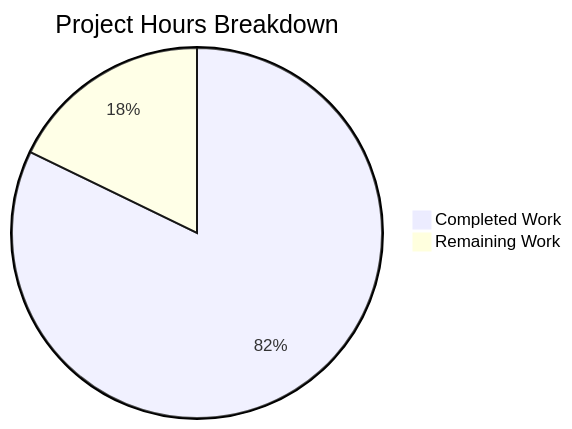
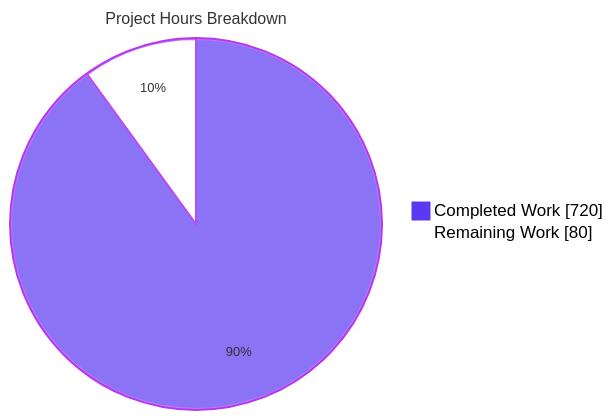
Before and after one commit to Blitzy-Sandbox/blitzy-odoo: the second of 4 diagrams in blitzy/documentation/Project Guide.md, drawn with Mermaid. The commit also changed other lines of this file, not shown here.

Commit message:
Adding Blitzy Project Guide: Project Status and Human Tasks Remaining

````diff
--- a/blitzy/documentation/Project Guide.md
+++ b/blitzy/documentation/Project Guide.md
@@ -105,5 +263,6 @@
 ```mermaid
-pie title Project Hours Breakdown
-    "Completed Work" : 240
-    "Remaining Work" : 52
+%%{init: {'theme':'base','themeVariables':{'pie1':'#5B39F3','pie2':'#FFFFFF','pieStrokeColor':'#B23AF2','pieOuterStrokeColor':'#B23AF2','pieOuterStrokeWidth':'2px','pieTitleTextSize':'16px','pieSectionTextSize':'13px','pieLegendTextColor':'#000000'}}}%%
+pie showData title Project Hours Breakdown
+    "Completed Work" : 720
+    "Remaining Work" : 80
 ```
````
